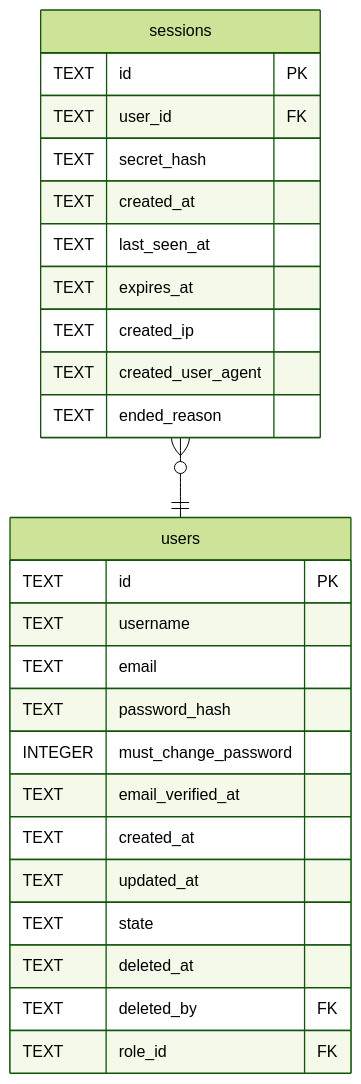
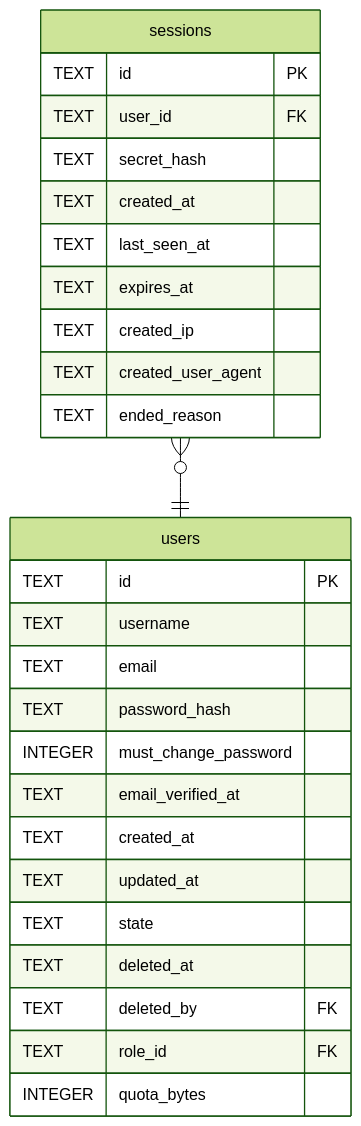
One commit to Limatura/tessera changed the diagram in docs/schema/sessions.md. Above: the diagram before and after it, drawn with Mermaid (forest theme). The commit also changed 44 other files, not shown here.

````diff
--- a/docs/schema/sessions.md
+++ b/docs/schema/sessions.md
@@ -57,31 +57,32 @@
 ```mermaid
 erDiagram
 
 "sessions" }o--|| "users" : ""
 
 "sessions" {
   TEXT id PK
   TEXT user_id FK
   TEXT secret_hash
   TEXT created_at
   TEXT last_seen_at
   TEXT expires_at
   TEXT created_ip
   TEXT created_user_agent
   TEXT ended_reason
 }
 "users" {
   TEXT id PK
   TEXT username
   TEXT email
   TEXT password_hash
   INTEGER must_change_password
   TEXT email_verified_at
   TEXT created_at
   TEXT updated_at
   TEXT state
   TEXT deleted_at
   TEXT deleted_by FK
   TEXT role_id FK
+  INTEGER quota_bytes
 }
 ```
````
